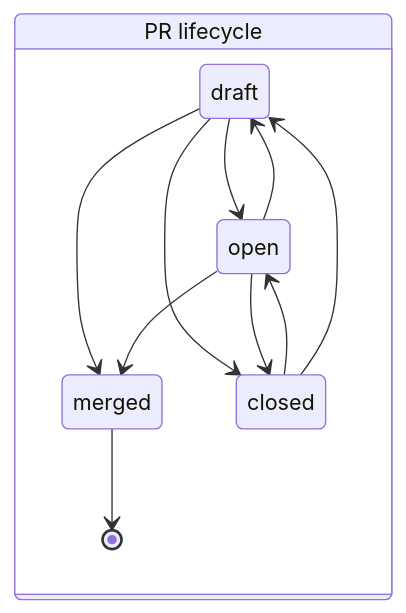
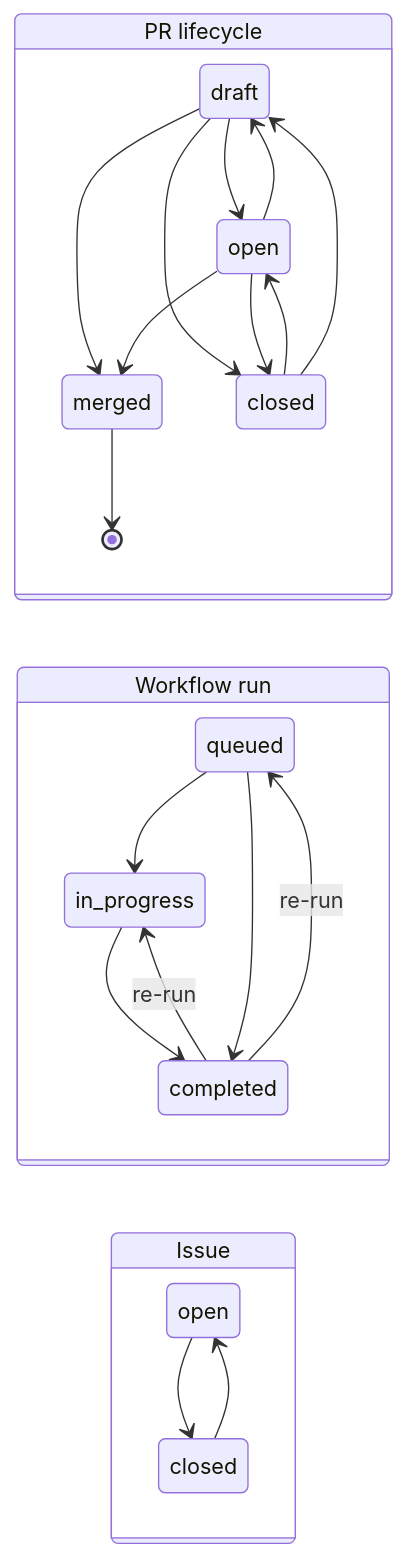
Before and after one commit to valentinalexeev/agentdev: the diagram in tools/ghwatch/README.md, drawn with Mermaid. The commit also changed other lines of this file and 6 other files, not shown here.

````diff
--- a/tools/ghwatch/README.md
+++ b/tools/ghwatch/README.md
@@ -20,15 +38,28 @@
 ```mermaid
 stateDiagram-v2
   direction LR
   state "PR lifecycle" as L {
     draft --> open
     open --> draft
     draft --> merged
     open --> merged
     draft --> closed
     open --> closed
     closed --> open
     closed --> draft
     merged --> [*]
   }
+  state "Workflow run" as R {
+    queued --> in_progress
+    queued --> completed
+    in_progress --> completed
+    completed --> queued: re-run
+    completed --> in_progress: re-run
+  }
+  state "Issue" as I {
+    i_open: open
+    i_closed: closed
+    i_open --> i_closed
+    i_closed --> i_open
+  }
 ```
````
